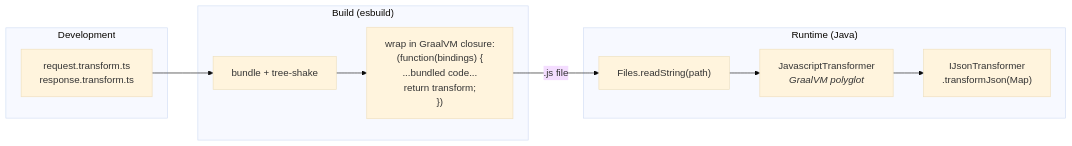
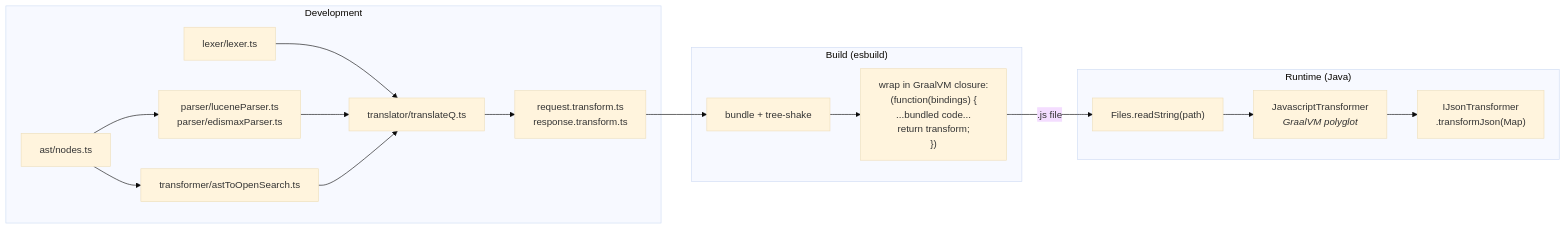
One commit to opensearch-project/opensearch-migrations changed diagram 11 of 14 in TrafficCapture/transformationShim/docs/ARCHITECTURE.md. Above: the diagram before and after it, drawn with Mermaid (base theme). The commit also changed other lines of this file and 14 other files, not shown here.

````diff
--- a/TrafficCapture/transformationShim/docs/ARCHITECTURE.md
+++ b/TrafficCapture/transformationShim/docs/ARCHITECTURE.md
@@ -495,20 +497,31 @@
 ```mermaid
 graph LR
     subgraph Dev["Development"]
         TS["request.transform.ts<br/>response.transform.ts"]
+        Lexer["lexer/lexer.ts"]
+        Parser["parser/luceneParser.ts<br/>parser/edismaxParser.ts"]
+        AST["ast/nodes.ts"]
+        XForm["transformer/astToOpenSearch.ts"]
+        Trans["translator/translateQ.ts"]
     end
 
     subgraph Build["Build (esbuild)"]
         Bundle["bundle + tree-shake"]
         Wrap["wrap in GraalVM closure:<br/>(function(bindings) {<br/>  ...bundled code...<br/>  return transform;<br/>})"]
     end
 
     subgraph Runtime["Runtime (Java)"]
         Load["Files.readString(path)"]
         Graal["JavascriptTransformer<br/><i>GraalVM polyglot</i>"]
         IJson["IJsonTransformer<br/>.transformJson(Map)"]
     end
 
+    Lexer --> Trans
+    Parser --> Trans
+    AST --> Parser
+    AST --> XForm
+    XForm --> Trans
+    Trans --> TS
     TS --> Bundle --> Wrap
     Wrap -->|".js file"| Load --> Graal --> IJson
 ```
````
